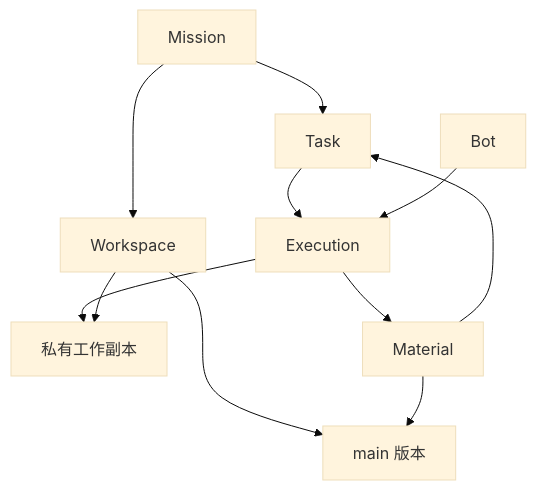
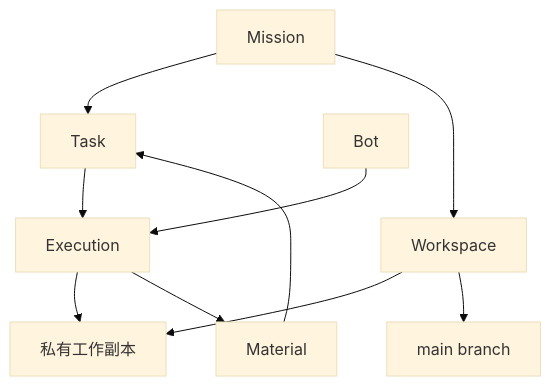
Before and after one commit to LuNa-shi/murm: the first of 2 diagrams in docs/phases/0002-task-material-workspace/01-model-and-runtime.md, drawn with Mermaid (base theme). The commit also changed other lines of this file, not shown here.

````diff
--- a/docs/phases/0002-task-material-workspace/01-model-and-runtime.md
+++ b/docs/phases/0002-task-material-workspace/01-model-and-runtime.md
@@ -39,13 +39,13 @@
 ```mermaid
 flowchart TD
     M[Mission] --> T[Task]
     M --> W[Workspace]
     T --> E[Execution]
     B[Bot] --> E
     E --> P[私有工作副本]
     W --> P
-    W --> H[main 版本]
+    W --> H[main branch]
     E --> A[Material]
     A --> T
-    A --> H
+
 ```
````
